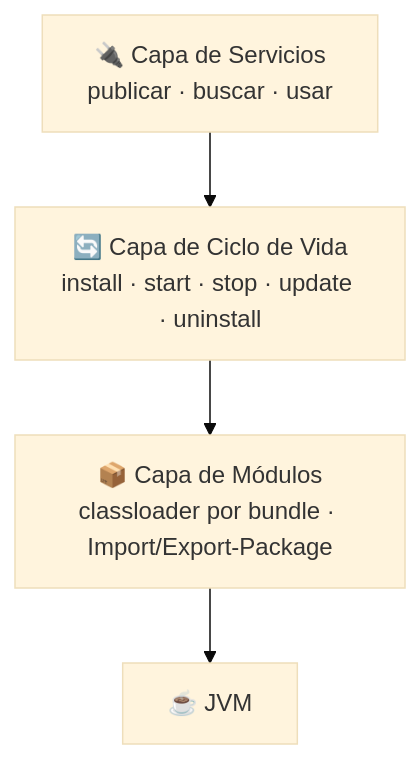
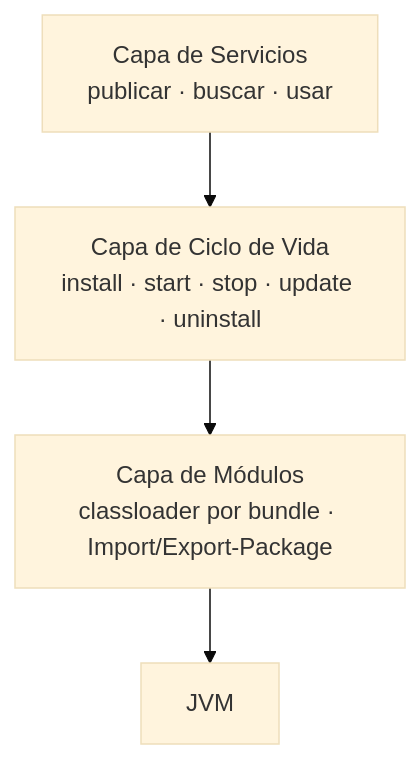
One commit to alira21/QualityCheck-OSGi changed the second of 3 diagrams in README.md. Above: the diagram before and after it, drawn with Mermaid (base theme). The commit also changed other lines of this file, not shown here.

````diff
--- a/README.md
+++ b/README.md
@@ -280,8 +280,8 @@
 ```mermaid
 flowchart TB
-    S["🔌 Capa de Servicios<br/>publicar · buscar · usar"]
-    L["🔄 Capa de Ciclo de Vida<br/>install · start · stop · update · uninstall"]
-    M["📦 Capa de Módulos<br/>classloader por bundle · Import/Export-Package"]
-    J["☕ JVM"]
+    S["Capa de Servicios<br/>publicar · buscar · usar"]
+    L["Capa de Ciclo de Vida<br/>install · start · stop · update · uninstall"]
+    M["Capa de Módulos<br/>classloader por bundle · Import/Export-Package"]
+    J["JVM"]
     S --> L --> M --> J
 ```
````
